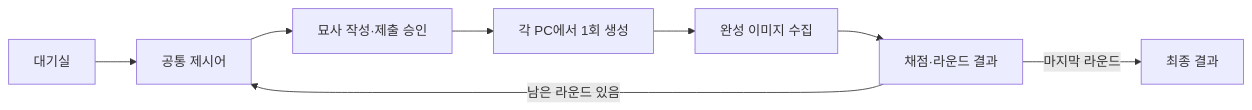
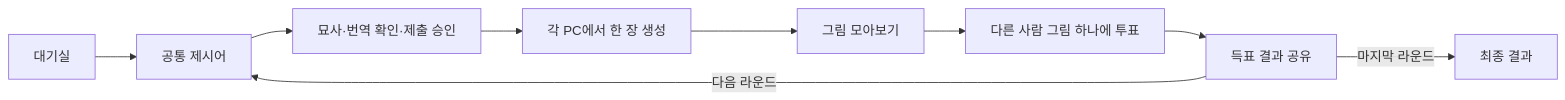
The diagram in AI_Image_Game_Summary.md (Jiwoong617/AIrtist), drawn with Mermaid before and after one commit. The commit also changed other lines of this file and 163 other files, not shown here.

````diff
--- a/AI_Image_Game_Summary.md
+++ b/AI_Image_Game_Summary.md
@@ -56,10 +81,11 @@
 ```mermaid
 flowchart LR
     A[대기실] --> B[공통 제시어]
-    B --> C[묘사 작성·제출 승인]
-    C --> D[각 PC에서 1회 생성]
-    D --> E[완성 이미지 수집]
-    E --> F[채점·라운드 결과]
-    F -->|남은 라운드 있음| B
-    F -->|마지막 라운드| G[최종 결과]
+    B --> C[묘사·번역 확인·제출 승인]
+    C --> D[각 PC에서 한 장 생성]
+    D --> E[그림 모아보기]
+    E --> F[다른 사람 그림 하나에 투표]
+    F --> G[득표 결과 공유]
+    G -->|다음 라운드| B
+    G -->|마지막 라운드| H[최종 결과]
 ```
````
